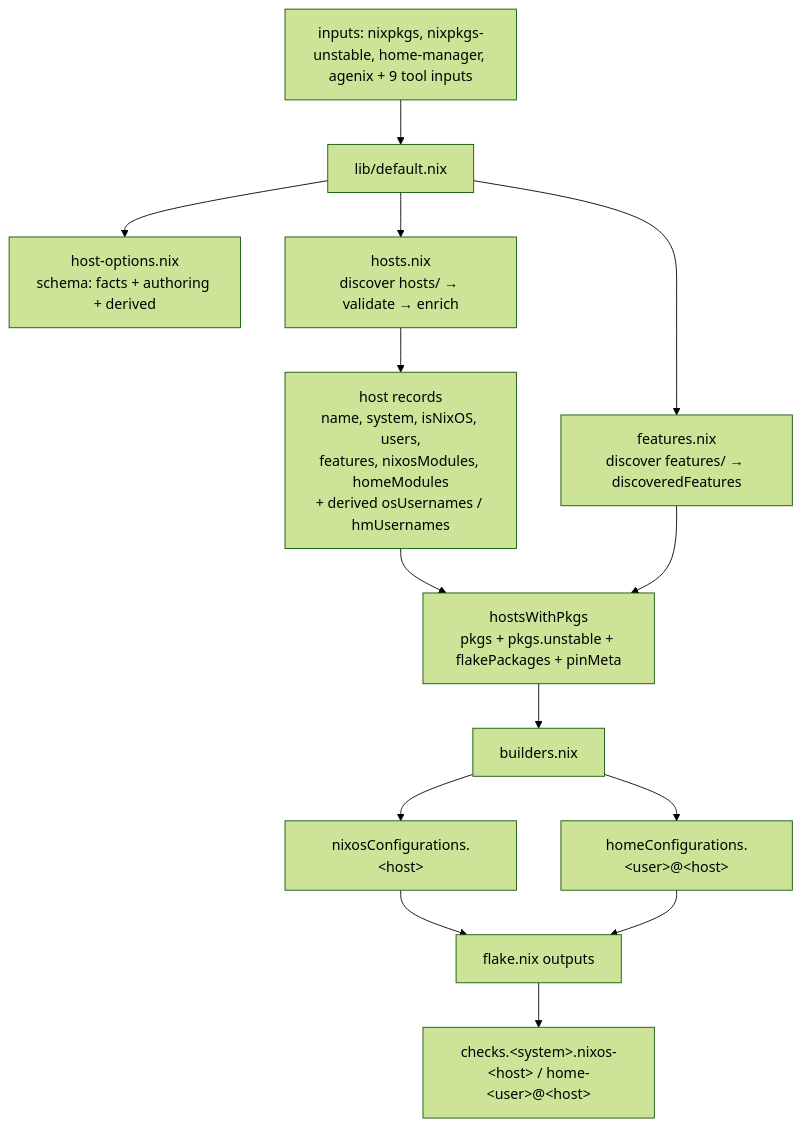
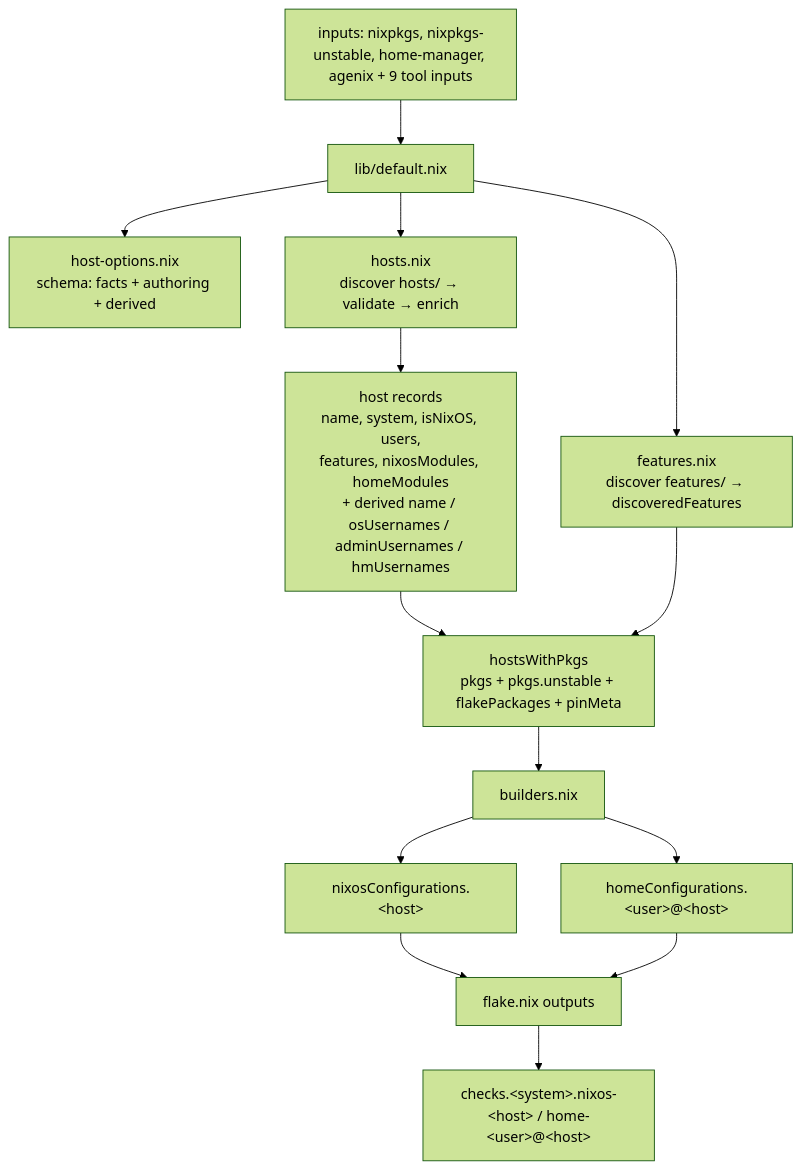
One commit to WombatFromHell/automatic-palm-tree changed the first of 8 diagrams in DESIGN.md. Above: the diagram before and after it, drawn with Mermaid (forest theme). The commit also changed other lines of this file and 8 other files, not shown here.

````diff
--- a/DESIGN.md
+++ b/DESIGN.md
@@ -38,16 +44,16 @@
 ```mermaid
 flowchart TD
   I["inputs: nixpkgs, nixpkgs-unstable, home-manager, agenix + 9 tool inputs"] --> D["lib/default.nix"]
   D --> HO["host-options.nix<br/>schema: facts + authoring + derived"]
   D --> H["hosts.nix<br/>discover hosts/ → validate → enrich"]
-  H --> HD["host records<br/>name, system, isNixOS, users,<br/>features, nixosModules, homeModules<br/>+ derived osUsernames / hmUsernames"]
+  H --> HD["host records<br/>name, system, isNixOS, users,<br/>features, nixosModules, homeModules<br/>+ derived name / osUsernames / adminUsernames / hmUsernames"]
   D --> F["features.nix<br/>discover features/ → discoveredFeatures"]
   HD --> P["hostsWithPkgs<br/>pkgs + pkgs.unstable + flakePackages + pinMeta"]
   F --> P
   P --> B["builders.nix"]
   B --> NC["nixosConfigurations.&lt;host&gt;"]
   B --> HC["homeConfigurations.&lt;user&gt;@&lt;host&gt;"]
   NC --> O["flake.nix outputs"]
   HC --> O
   O --> C["checks.&lt;system&gt;.nixos-&lt;host&gt; / home-&lt;user&gt;@&lt;host&gt;"]
 ```
````
